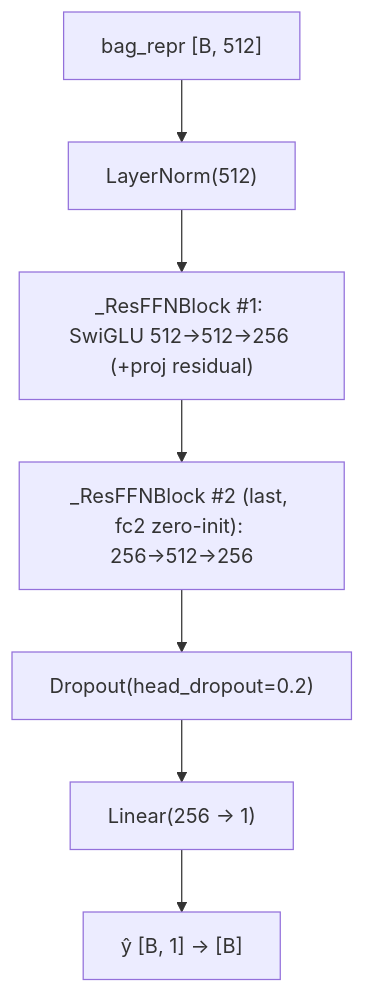
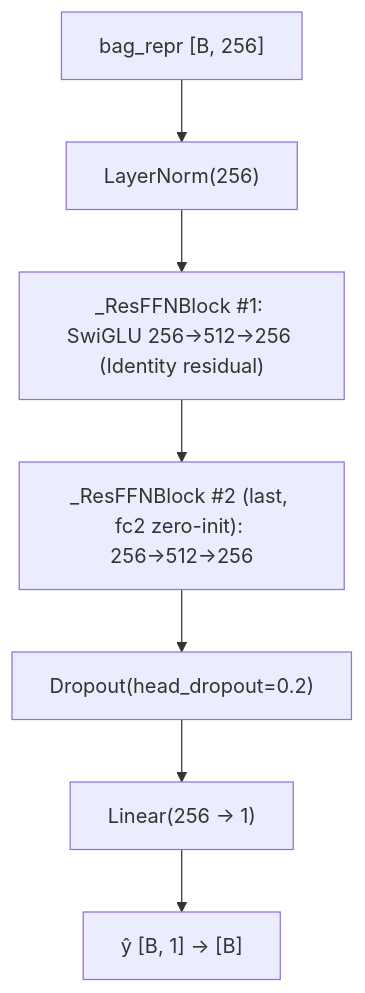
Before and after one commit to vfastovskii/milkid: the fifth of 7 diagrams in mil_pipeline_detailed_explanation.md, drawn with Mermaid. The commit also changed other lines of this file and 14 other files, not shown here.

````diff
--- a/mil_pipeline_detailed_explanation.md
+++ b/mil_pipeline_detailed_explanation.md
@@ -621,9 +618,9 @@
 ```mermaid
 flowchart TD
-    BR["bag_repr [B, 512]"] --> IN["LayerNorm(512)"]
-    IN --> R1["_ResFFNBlock #1: SwiGLU 512→512→256 (+proj residual)"]
+    BR["bag_repr [B, 256]"] --> IN["LayerNorm(256)"]
+    IN --> R1["_ResFFNBlock #1: SwiGLU 256→512→256 (Identity residual)"]
     R1 --> R2["_ResFFNBlock #2 (last, fc2 zero-init): 256→512→256"]
     R2 --> HD["Dropout(head_dropout=0.2)"]
     HD --> OUT["Linear(256 → 1)"]
     OUT --> YH["ŷ [B, 1] → [B]"]
 ```
````
